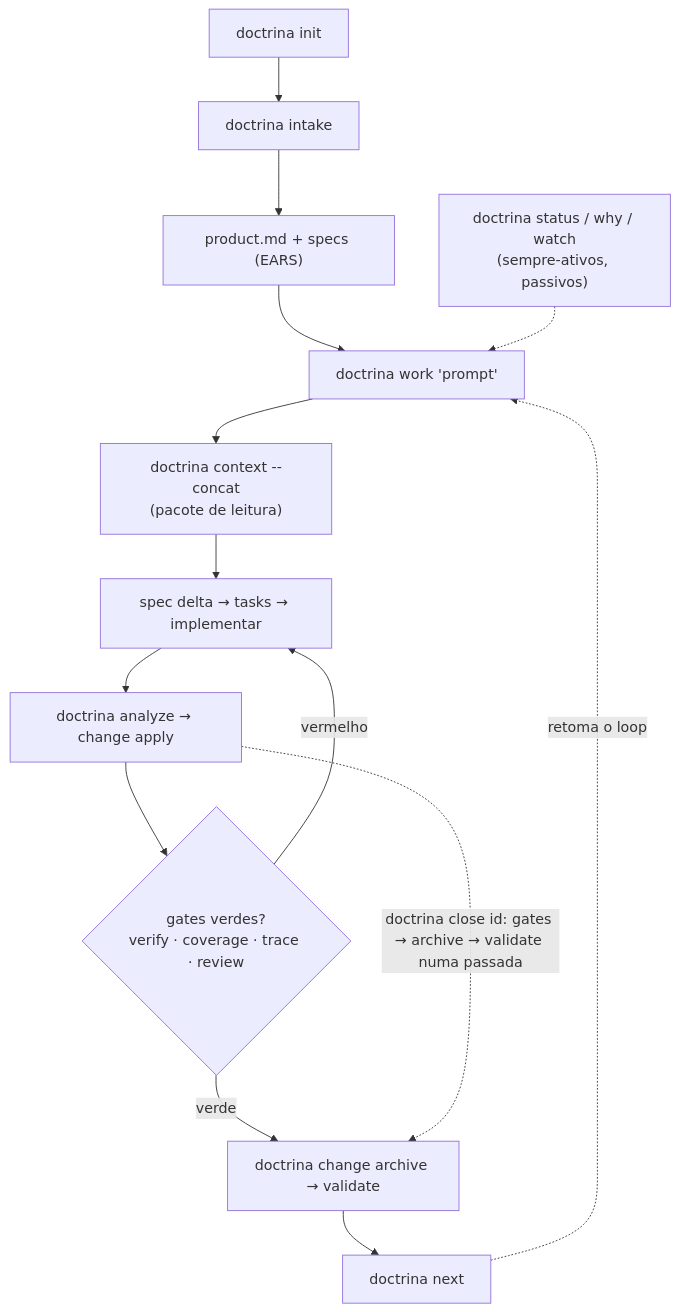
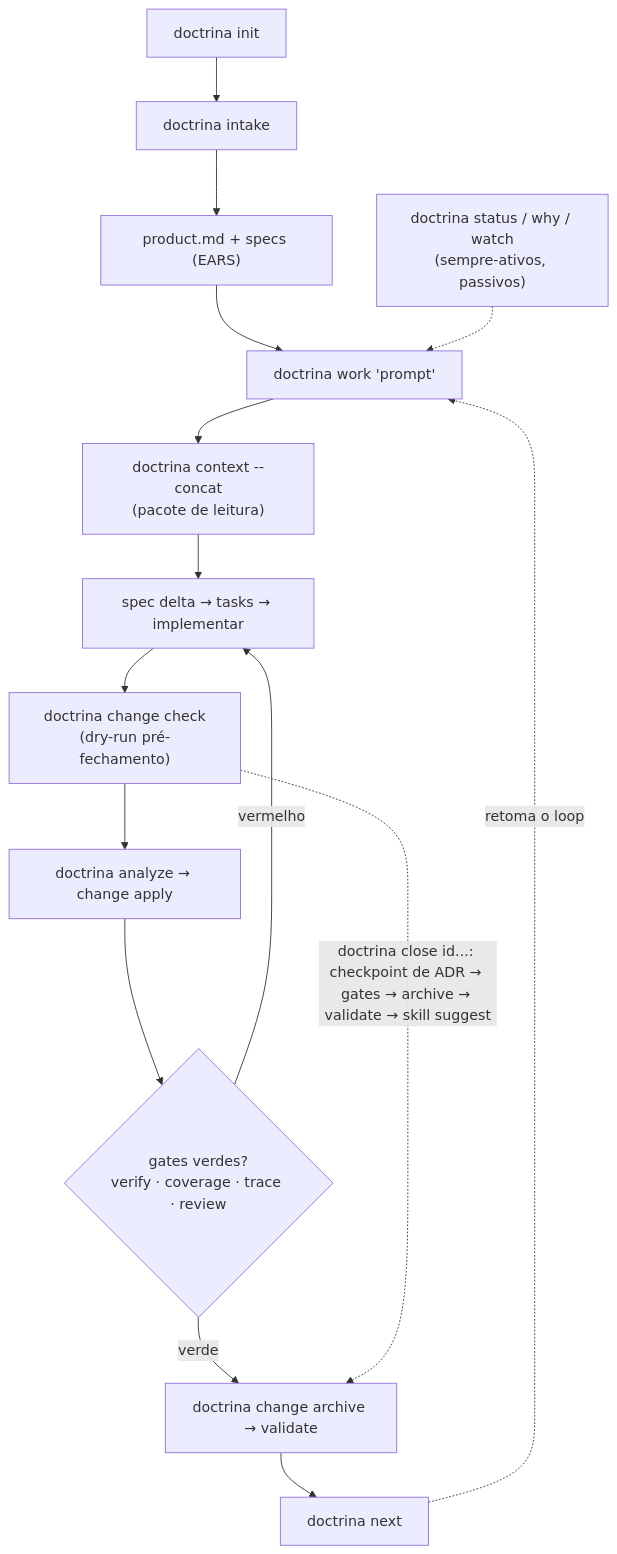
The diagram in README.pt.md (GCarin1/Doctrina), drawn with Mermaid before and after one commit. The commit also changed other lines of this file and 31 other files, not shown here.

````diff
--- a/README.pt.md
+++ b/README.pt.md
@@ -29,17 +29,18 @@
 ```mermaid
 flowchart TD
     I["doctrina init"] --> N["doctrina intake"]
     N --> P["product.md + specs (EARS)"]
     P --> W["doctrina work 'prompt'"]
     C["doctrina context --concat<br/>(pacote de leitura)"]
     W --> C
     C --> E["spec delta → tasks → implementar"]
-    E --> AP["doctrina analyze → change apply"]
+    E --> CK["doctrina change check<br/>(dry-run pré-fechamento)"]
+    CK --> AP["doctrina analyze → change apply"]
     AP --> GATE{"gates verdes?<br/>verify · coverage · trace · review"}
     GATE -- "vermelho" --> E
     GATE -- "verde" --> AR["doctrina change archive → validate"]
     AR --> NX["doctrina next"]
     NX -. "retoma o loop" .-> W
-    AP -. "doctrina close id: gates → archive → validate numa passada" .-> AR
+    CK -. "doctrina close id...: checkpoint de ADR → gates → archive → validate → skill suggest" .-> AR
     STAT["doctrina status / why / watch<br/>(sempre-ativos, passivos)"] -.-> W
 ```
````
